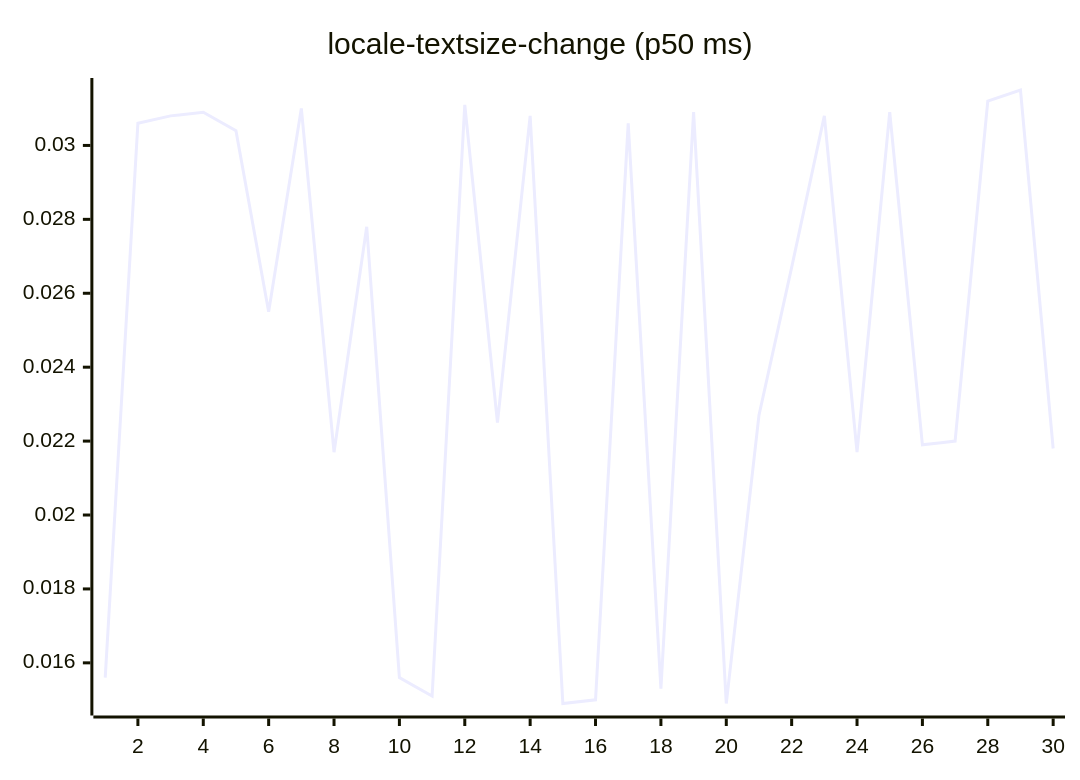
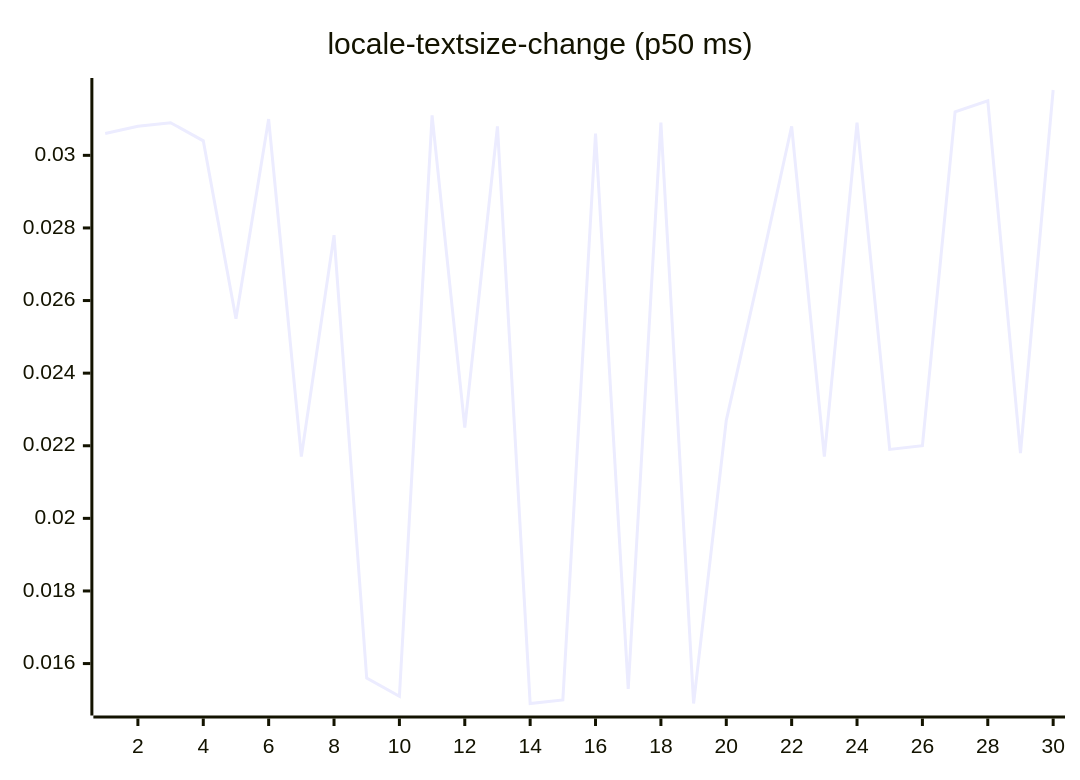
Diagram 13 of 27 in README.md (josha/Facet), drawn with Mermaid before and after one commit. The commit also changed other lines of this file and 2 other files, not shown here.

````diff
--- a/README.md
+++ b/README.md
@@ -147,6 +147,6 @@
 ```mermaid
 xychart-beta
     title "locale-textsize-change (p50 ms)"
     x-axis 1 --> 30
-    line [0.0156, 0.0306, 0.0308, 0.0309, 0.0304, 0.0255, 0.0310, 0.0217, 0.0278, 0.0156, 0.0151, 0.0311, 0.0225, 0.0308, 0.0149, 0.0150, 0.0306, 0.0153, 0.0309, 0.0149, 0.0227, 0.0267, 0.0308, 0.0217, 0.0309, 0.0219, 0.0220, 0.0312, 0.0315, 0.0218]
+    line [0.0306, 0.0308, 0.0309, 0.0304, 0.0255, 0.0310, 0.0217, 0.0278, 0.0156, 0.0151, 0.0311, 0.0225, 0.0308, 0.0149, 0.0150, 0.0306, 0.0153, 0.0309, 0.0149, 0.0227, 0.0267, 0.0308, 0.0217, 0.0309, 0.0219, 0.0220, 0.0312, 0.0315, 0.0218, 0.0318]
 ```
````
